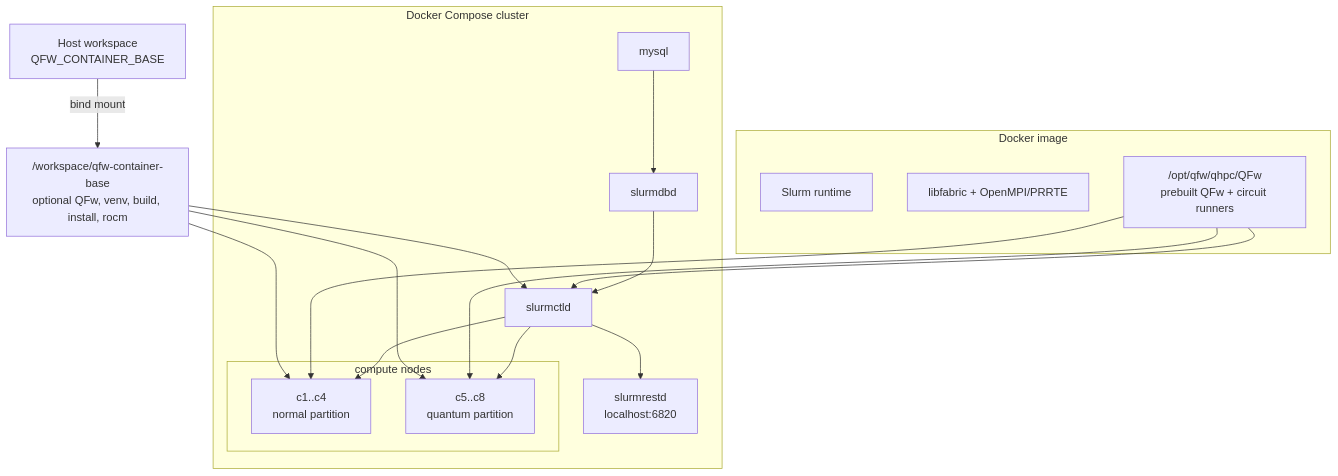
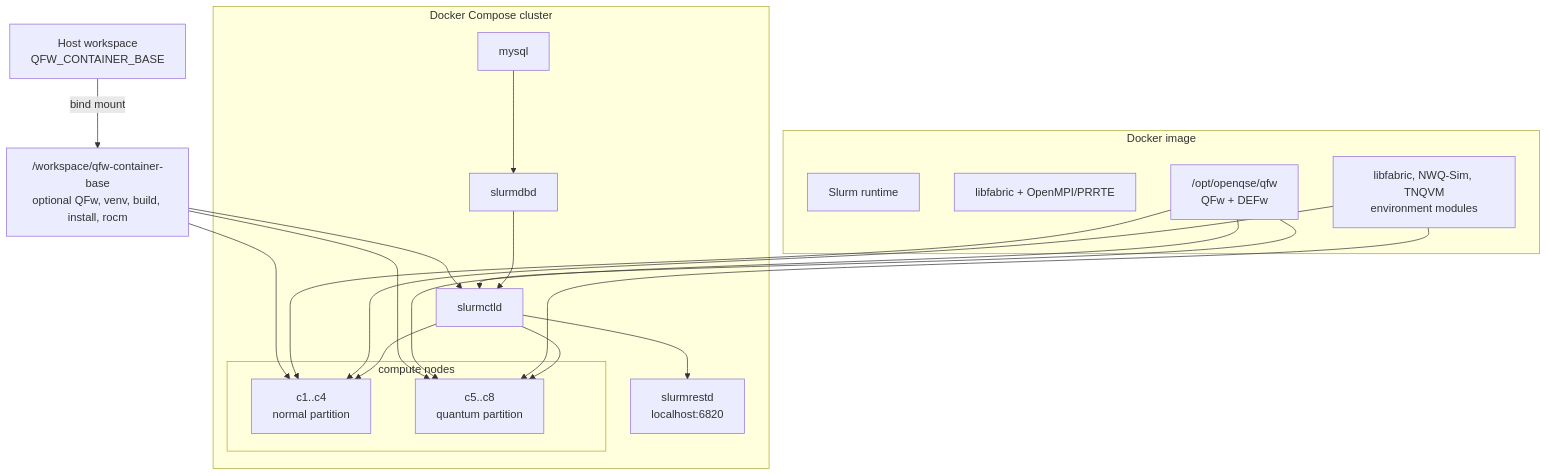
One commit to openQSE/QFw-SLURM-Cluster changed the first of 2 diagrams in README.md. Above: the diagram before and after it, drawn with Mermaid. The commit also changed other lines of this file and 8 other files, not shown here.

````diff
--- a/README.md
+++ b/README.md
@@ -303,33 +288,36 @@
 ```mermaid
 flowchart TB
     host["Host workspace\nQFW_CONTAINER_BASE"] -->|bind mount| mount["/workspace/qfw-container-base\noptional QFw, venv, build, install, rocm"]
 
     subgraph img["Docker image"]
         slurm["Slurm runtime"]
         mpi["libfabric + OpenMPI/PRRTE"]
-        image_qfw["/opt/qfw/qhpc/QFw\nprebuilt QFw + circuit runners"]
+        image_qfw["/opt/openqse/qfw\nQFw + DEFw"]
+        modules["libfabric, NWQ-Sim, TNQVM\nenvironment modules"]
     end
 
     subgraph cluster["Docker Compose cluster"]
         mysql["mysql"]
         dbd["slurmdbd"]
         ctl["slurmctld"]
         rest["slurmrestd\nlocalhost:6820"]
         subgraph nodes["compute nodes"]
             c1["c1..c4\nnormal partition"]
             c5["c5..c8\nquantum partition"]
         end
     end
 
     mount --> ctl
     mount --> c1
     mount --> c5
     image_qfw --> ctl
     image_qfw --> c1
     image_qfw --> c5
+    modules --> c1
+    modules --> c5
     mysql --> dbd
     dbd --> ctl
     ctl --> c1
     ctl --> c5
     ctl --> rest
 ```
````
